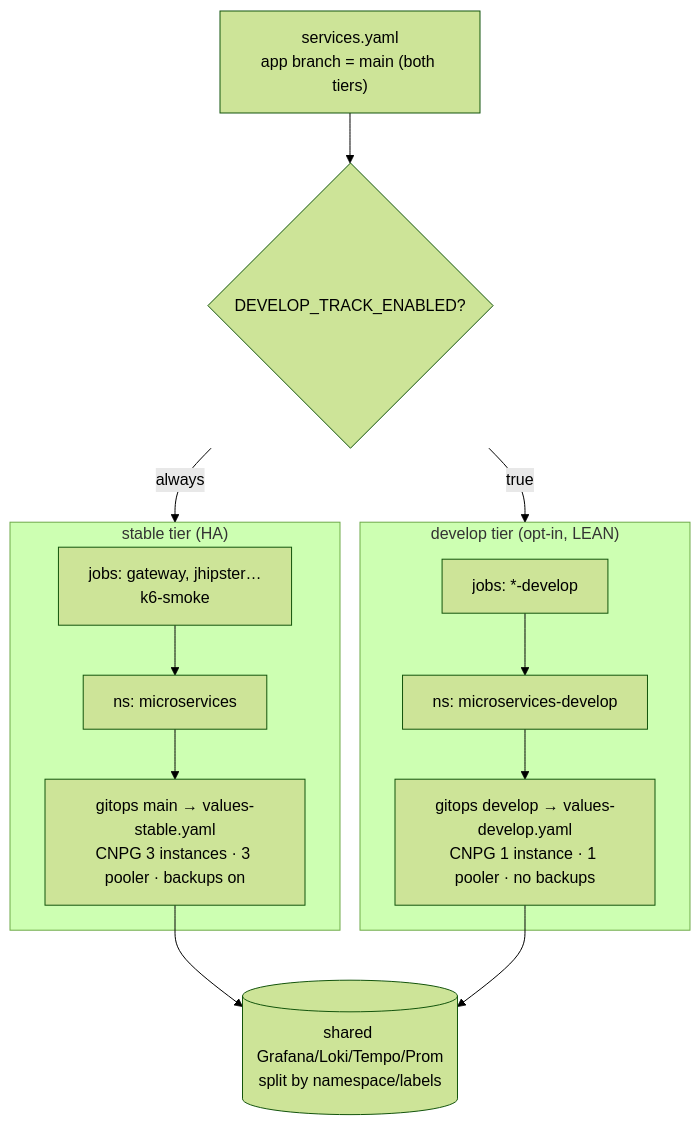
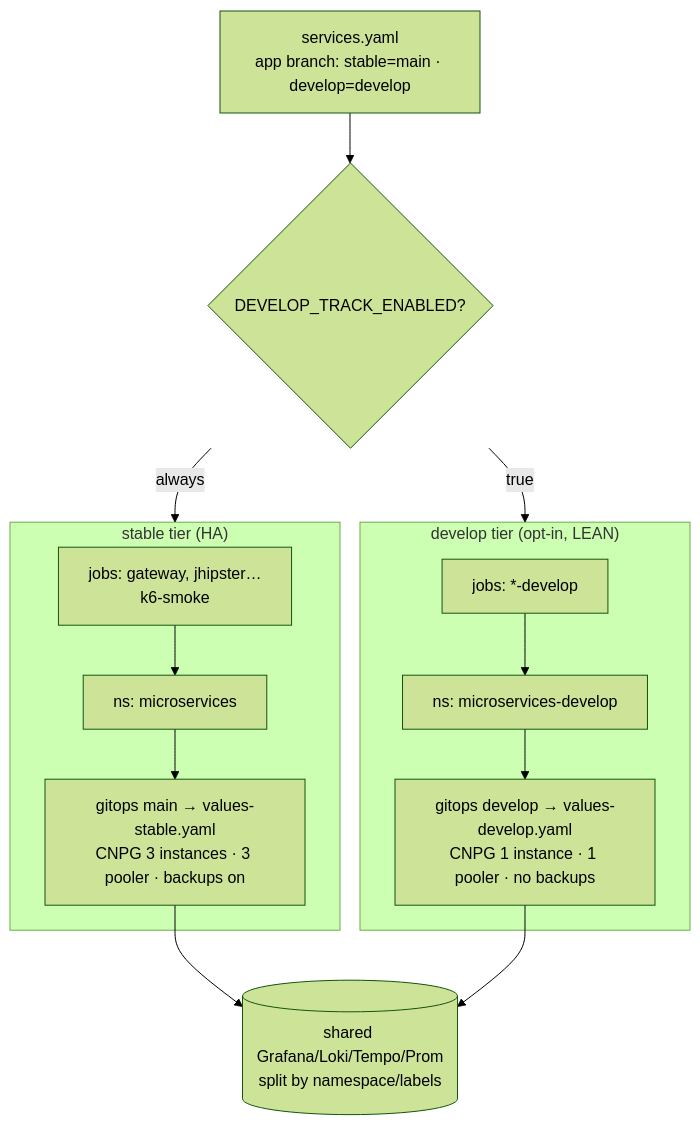
The fifth of 12 diagrams in docs/402-PIPELINES_AS_CODE.md (nubenetes/jenkins-2026), drawn with Mermaid (forest theme) before and after one commit. The commit also changed other lines of this file and 6 other files, not shown here.

First line of the commit message:
docs: sync docs with main code — branch promotion, workflow inventory, version pins

````diff
--- a/docs/402-PIPELINES_AS_CODE.md
+++ b/docs/402-PIPELINES_AS_CODE.md
@@ -210,16 +210,16 @@
 ```mermaid
 flowchart TB
-  reg["services.yaml<br/>app branch = main (both tiers)"] --> sw{DEVELOP_TRACK_ENABLED?}
+  reg["services.yaml<br/>app branch: stable=main · develop=develop"] --> sw{DEVELOP_TRACK_ENABLED?}
   sw -->|always| stable
   sw -->|true| develop
   subgraph stable["stable tier (HA)"]
     sjobs["jobs: gateway, jhipster…<br/>k6-smoke"] --> sns["ns: microservices"]
     sns --> sval["gitops main → values-stable.yaml<br/>CNPG 3 instances · 3 pooler · backups on"]
   end
   subgraph develop["develop tier (opt-in, LEAN)"]
     djobs["jobs: *-develop"] --> dns["ns: microservices-develop"]
     dns --> dval["gitops develop → values-develop.yaml<br/>CNPG 1 instance · 1 pooler · no backups"]
   end
   sval --> shared[(shared Grafana/Loki/Tempo/Prom<br/>split by namespace/labels)]
   dval --> shared
 ```
````
